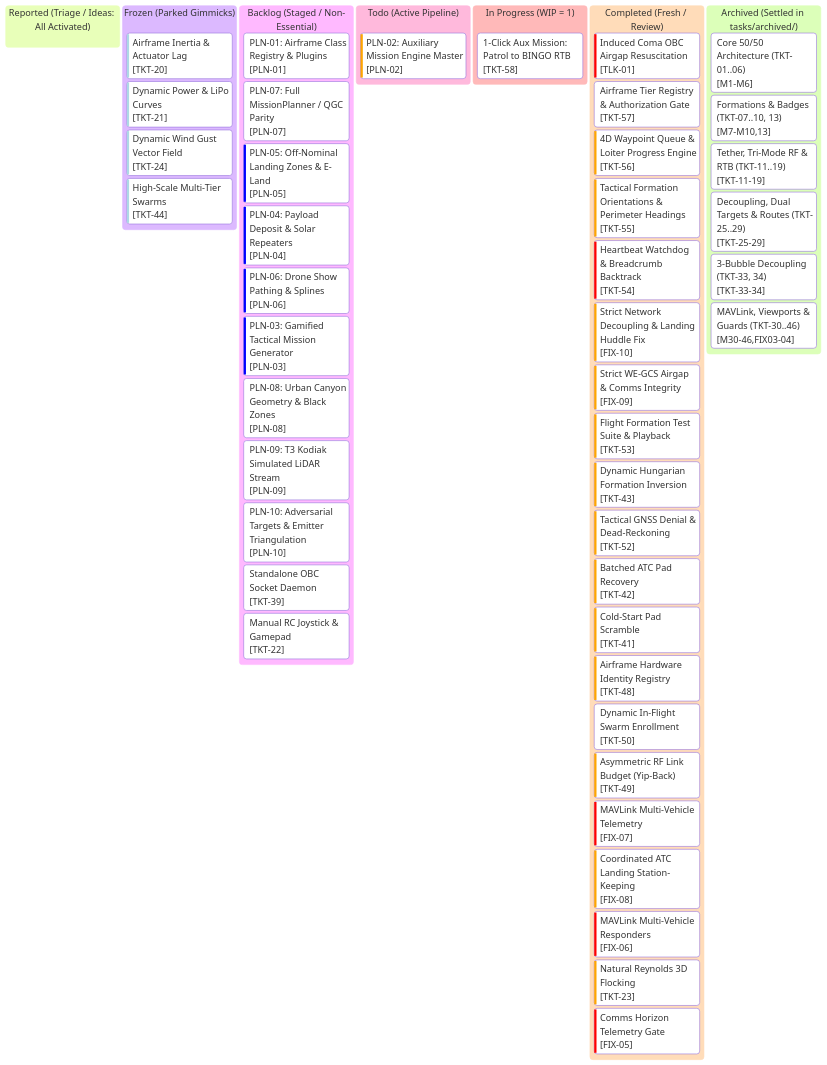
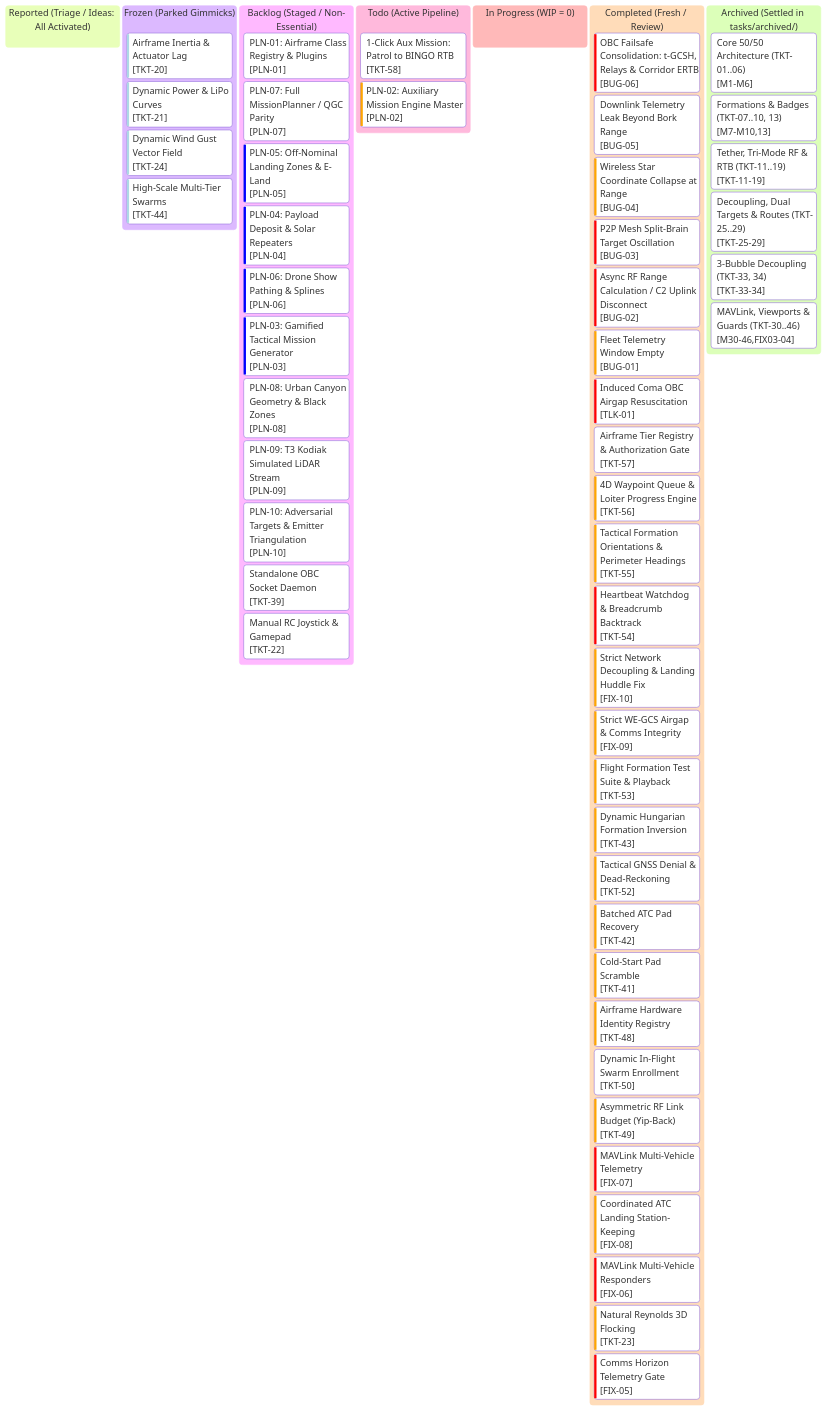
One commit to AlitheiaDeus/AlitheiaHive changed the diagram in kanban.md. Above: the diagram before and after it, drawn with Mermaid. The commit also changed other lines of this file and 22 other files, not shown here.

First line of the commit message:
fix(obc): remediate BUG-01..06 for RF propagation, mesh consensus and corridor ERTB

````diff
--- a/kanban.md
+++ b/kanban.md
@@ -10,74 +10,80 @@
 ```mermaid
 %%{init: {
   'theme': 'base',
   'themeVariables': {
     'primaryColor': '#0d2235',
     'primaryTextColor': '#d4f4ff',
     'primaryBorderColor': '#00f0ff',
     'lineColor': '#00f0ff',
     'background': '#061019',
     'mainBkg': '#0a1926',
     'secondaryColor': '#081420',
     'secondaryTextColor': '#5a7e96',
     'secondaryBorderColor': '#134e6f',
     'tertiaryColor': '#0e263d',
     'tertiaryTextColor': '#00ffaa',
     'tertiaryBorderColor': '#00ffaa',
     'clusterBkg': '#081420',
     'clusterBorder': '#134e6f',
     'fontFamily': "'JetBrains Mono', 'Courier New', monospace"
   }
 }}%%
 kanban
   reported["Reported (Triage / Ideas: All Activated)"]
   frozen["Frozen (Parked Gimmicks)"]
     tkt20["Airframe Inertia & Actuator Lag"]@{ ticket: '[TKT-20]', priority: 'Very Low' }
     tkt21["Dynamic Power & LiPo Curves"]@{ ticket: '[TKT-21]', priority: 'Very Low' }
     tkt24["Dynamic Wind Gust Vector Field"]@{ ticket: '[TKT-24]', priority: 'Very Low' }
     tkt44["High-Scale Multi-Tier Swarms"]@{ ticket: '[TKT-44]', priority: 'Very Low' }
   backlog["Backlog (Staged / Non-Essential)"]
     pln01["PLN-01: Airframe Class Registry & Plugins"]@{ ticket: '[PLN-01]', priority: 'Medium' }
     pln07["PLN-07: Full MissionPlanner / QGC Parity"]@{ ticket: '[PLN-07]', priority: 'Medium' }
     pln05["PLN-05: Off-Nominal Landing Zones & E-Land"]@{ ticket: '[PLN-05]', priority: 'Low' }
     pln04["PLN-04: Payload Deposit & Solar Repeaters"]@{ ticket: '[PLN-04]', priority: 'Low' }
     pln06["PLN-06: Drone Show Pathing & Splines"]@{ ticket: '[PLN-06]', priority: 'Low' }
     pln03["PLN-03: Gamified Tactical Mission Generator"]@{ ticket: '[PLN-03]', priority: 'Low' }
     pln08["PLN-08: Urban Canyon Geometry & Black Zones"]@{ ticket: '[PLN-08]', priority: 'Medium' }
     pln09["PLN-09: T3 Kodiak Simulated LiDAR Stream"]@{ ticket: '[PLN-09]', priority: 'Medium' }
     pln10["PLN-10: Adversarial Targets & Emitter Triangulation"]@{ ticket: '[PLN-10]', priority: 'Medium' }
     tkt39["Standalone OBC Socket Daemon"]@{ ticket: '[TKT-39]', priority: 'Medium' }
     tkt22["Manual RC Joystick & Gamepad"]@{ ticket: '[TKT-22]', priority: 'Medium' }
   todo["Todo (Active Pipeline)"]
+    tkt58["1-Click Aux Mission: Patrol to BINGO RTB"]@{ ticket: '[TKT-58]', priority: 'Medium' }
     pln02["PLN-02: Auxiliary Mission Engine Master"]@{ ticket: '[PLN-02]', priority: 'High' }
-  in_progress["In Progress (WIP = 1)"]
-    tkt58["1-Click Aux Mission: Patrol to BINGO RTB"]@{ ticket: '[TKT-58]', priority: 'Medium' }
+  in_progress["In Progress (WIP = 0)"]
 
   completed["Completed (Fresh / Review)"]
+    bug06["OBC Failsafe Consolidation: t-GCSH, Relays & Corridor ERTB"]@{ ticket: '[BUG-06]', priority: 'Very High' }
+    bug05["Downlink Telemetry Leak Beyond Bork Range"]@{ ticket: '[BUG-05]', priority: 'Medium' }
+    bug04["Wireless Star Coordinate Collapse at Range"]@{ ticket: '[BUG-04]', priority: 'High' }
+    bug03["P2P Mesh Split-Brain Target Oscillation"]@{ ticket: '[BUG-03]', priority: 'Very High' }
+    bug02["Async RF Range Calculation / C2 Uplink Disconnect"]@{ ticket: '[BUG-02]', priority: 'Very High' }
+    bug01["Fleet Telemetry Window Empty"]@{ ticket: '[BUG-01]', priority: 'High' }
     tlk01["Induced Coma OBC Airgap Resuscitation"]@{ ticket: '[TLK-01]', priority: 'Very High' }
     tkt57["Airframe Tier Registry & Authorization Gate"]@{ ticket: '[TKT-57]', priority: 'Medium' }
     tkt56["4D Waypoint Queue & Loiter Progress Engine"]@{ ticket: '[TKT-56]', priority: 'High' }
     tkt55["Tactical Formation Orientations & Perimeter Headings"]@{ ticket: '[TKT-55]', priority: 'High' }
     tkt54["Heartbeat Watchdog & Breadcrumb Backtrack"]@{ ticket: '[TKT-54]', priority: 'Very High' }
     fix10["Strict Network Decoupling & Landing Huddle Fix"]@{ ticket: '[FIX-10]', priority: 'High' }
     fix09["Strict WE-GCS Airgap & Comms Integrity"]@{ ticket: '[FIX-09]', priority: 'High' }
     tkt53["Flight Formation Test Suite & Playback"]@{ ticket: '[TKT-53]', priority: 'High' }
     tkt43["Dynamic Hungarian Formation Inversion"]@{ ticket: '[TKT-43]', priority: 'High' }
     tkt52["Tactical GNSS Denial & Dead-Reckoning"]@{ ticket: '[TKT-52]', priority: 'High' }
     tkt42["Batched ATC Pad Recovery"]@{ ticket: '[TKT-42]', priority: 'High' }
     tkt41["Cold-Start Pad Scramble"]@{ ticket: '[TKT-41]', priority: 'High' }
     tkt48["Airframe Hardware Identity Registry"]@{ ticket: '[TKT-48]', priority: 'High' }
     tkt50["Dynamic In-Flight Swarm Enrollment"]@{ ticket: '[TKT-50]', priority: 'Medium' }
     tkt49["Asymmetric RF Link Budget (Yip-Back)"]@{ ticket: '[TKT-49]', priority: 'High' }
     fix07["MAVLink Multi-Vehicle Telemetry"]@{ ticket: '[FIX-07]', priority: 'Very High' }
     fix08["Coordinated ATC Landing Station-Keeping"]@{ ticket: '[FIX-08]', priority: 'High' }
     fix06["MAVLink Multi-Vehicle Responders"]@{ ticket: '[FIX-06]', priority: 'Very High' }
     tkt23["Natural Reynolds 3D Flocking"]@{ ticket: '[TKT-23]', priority: 'High' }
     fix05["Comms Horizon Telemetry Gate"]@{ ticket: '[FIX-05]', priority: 'Very High' }
   archived["Archived (Settled in tasks/archived/)"]
     arch_m1_6["Core 50/50 Architecture (TKT-01..06)"]@{ ticket: '[M1-M6]' }
     arch_m7_10_13["Formations & Badges (TKT-07..10, 13)"]@{ ticket: '[M7-M10,13]' }
     arch_m11_19["Tether, Tri-Mode RF & RTB (TKT-11..19)"]@{ ticket: '[TKT-11-19]' }
     arch_m25_29["Decoupling, Dual Targets & Routes (TKT-25..29)"]@{ ticket: '[TKT-25-29]' }
     arch_m33_34["3-Bubble Decoupling (TKT-33, 34)"]@{ ticket: '[TKT-33-34]' }
     arch_m30_46["MAVLink, Viewports & Guards (TKT-30..46)"]@{ ticket: '[M30-46,FIX03-04]' }
 ```
````
